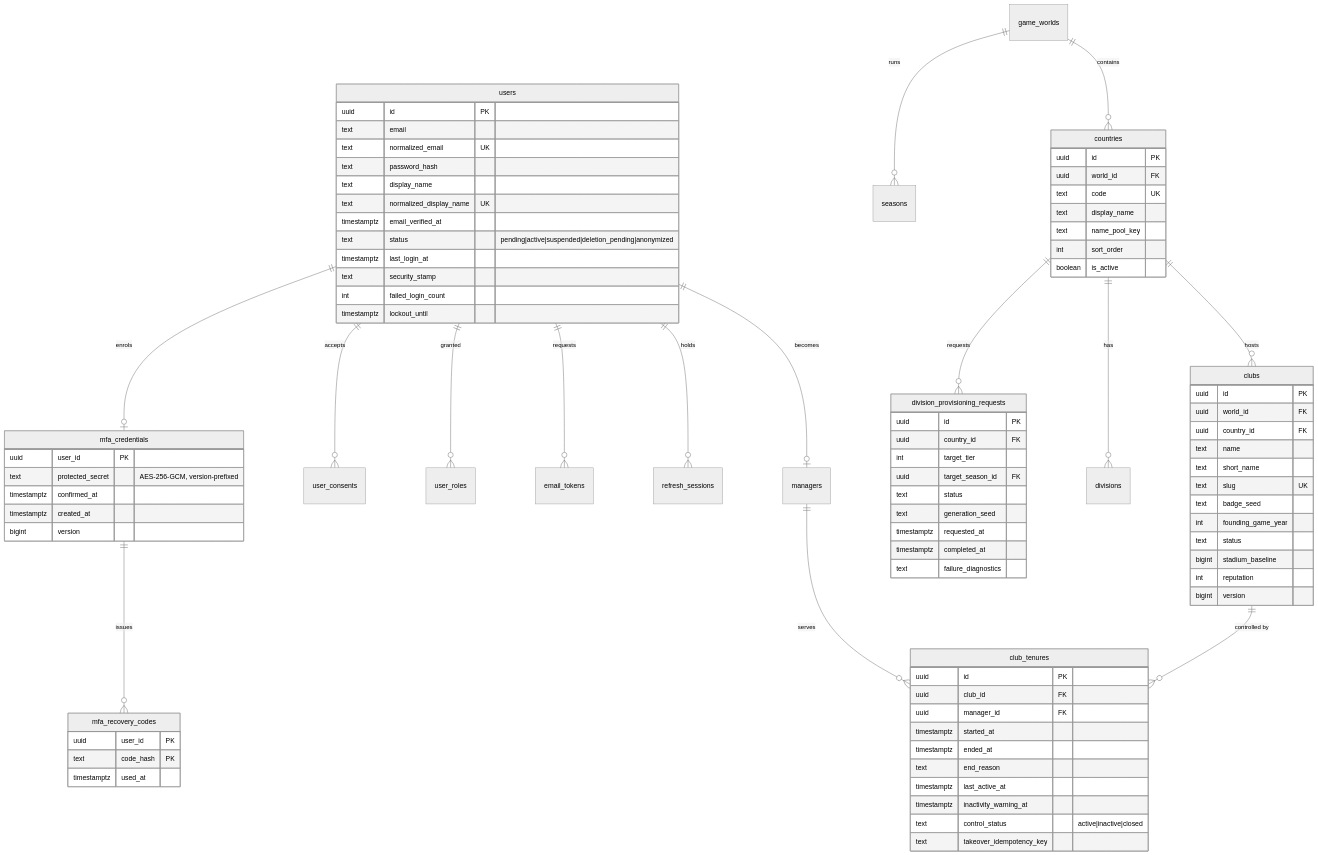
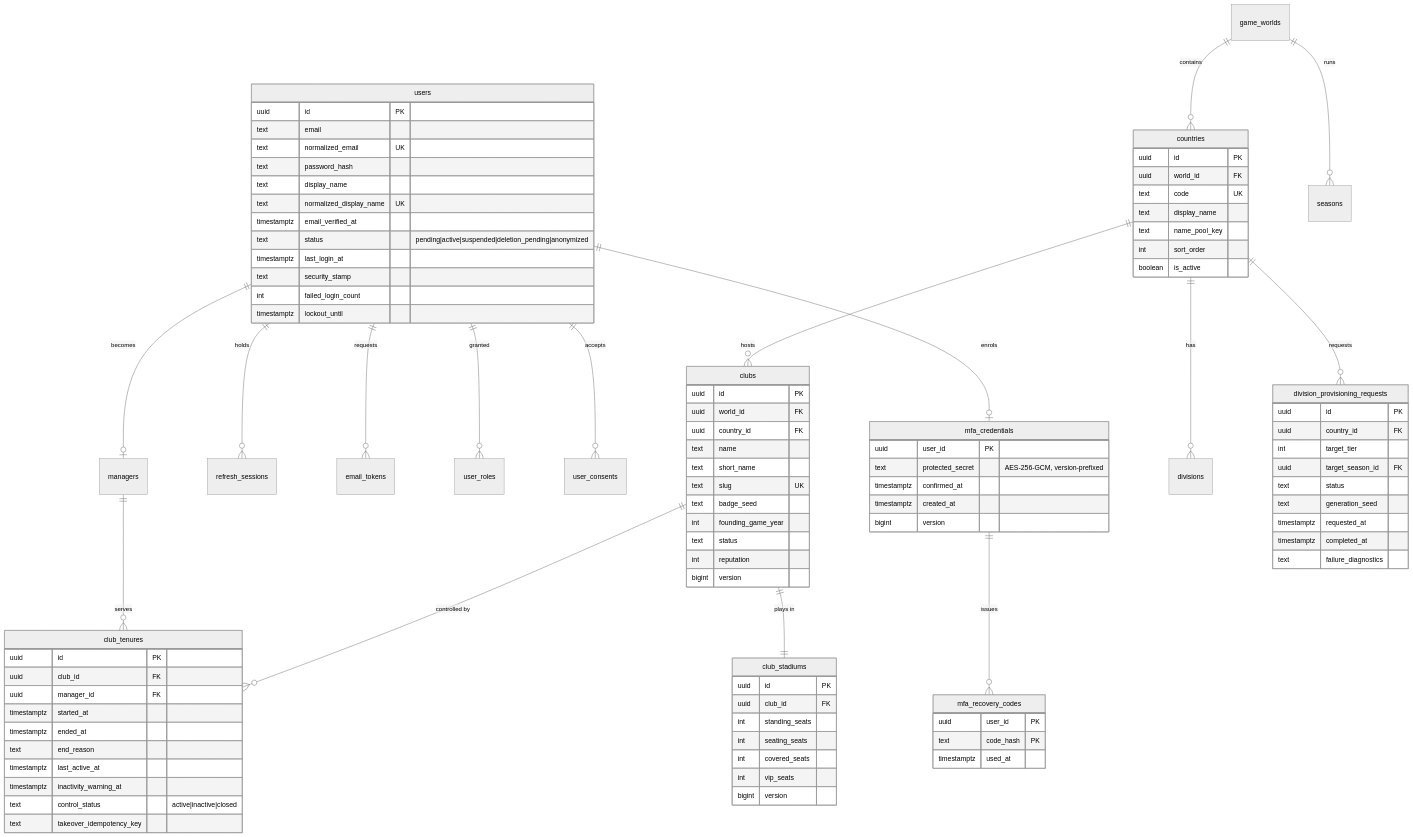
One commit to EndAroundCarry/touchline-manager-online changed the second of 5 diagrams in docs/architecture/data-model.md. Above: the diagram before and after it, drawn with Mermaid (neutral theme). The commit also changed other lines of this file and 75 other files, not shown here.

```diff
--- a/docs/architecture/data-model.md
+++ b/docs/architecture/data-model.md
@@ -158,6 +159,7 @@
     countries ||--o{ divisions : "has"
     countries ||--o{ division_provisioning_requests : "requests"
     clubs ||--o{ club_tenures : "controlled by"
+    clubs ||--|| club_stadiums : "plays in"
 
     users {
         uuid id PK
@@ -195,8 +197,16 @@
         text badge_seed
         int founding_game_year
         text status
-        bigint stadium_baseline
         int reputation
+        bigint version
+    }
+    club_stadiums {
+        uuid id PK
+        uuid club_id FK
+        int standing_seats
+        int seating_seats
+        int covered_seats
+        int vip_seats
         bigint version
     }
     countries {
```
